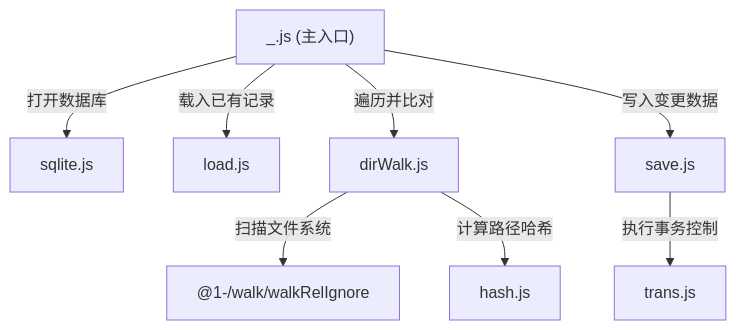
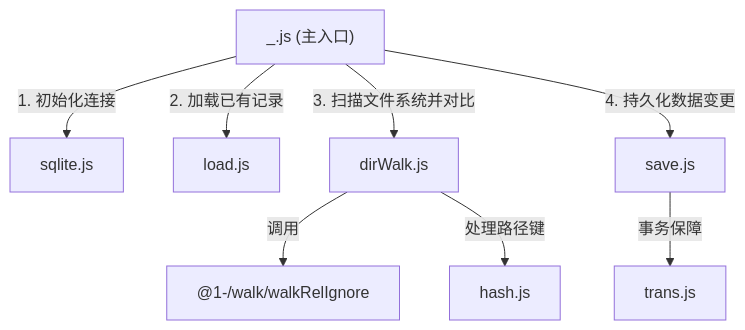
Before and after one commit to webc-site/npm: the diagram in scan/readme/zh/README.md, drawn with Mermaid. The commit also changed other lines of this file and 4 other files, not shown here.

````diff
--- a/scan/readme/zh/README.md
+++ b/scan/readme/zh/README.md
@@ -31,10 +51,10 @@
 ```mermaid
 graph TD
-    Entry["_.js (主入口)"] -->|打开数据库| Sqlite[sqlite.js]
-    Entry -->|载入已有记录| Load[load.js]
-    Entry -->|遍历并比对| DirWalk[dirWalk.js]
-    DirWalk -->|扫描文件系统| Walk["@1-/walk/walkRelIgnore"]
-    DirWalk -->|计算路径哈希| Hash[hash.js]
-    Entry -->|写入变更数据| Save[save.js]
-    Save -->|执行事务控制| Trans[trans.js]
+    Entry["_.js (主入口)"] -->|1. 初始化连接| Sqlite[sqlite.js]
+    Entry -->|2. 加载已有记录| Load[load.js]
+    Entry -->|3. 扫描文件系统并对比| DirWalk[dirWalk.js]
+    DirWalk -->|调用| Walk["@1-/walk/walkRelIgnore"]
+    DirWalk -->|处理路径键| Hash[hash.js]
+    Entry -->|4. 持久化数据变更| Save[save.js]
+    Save -->|事务保障| Trans[trans.js]
 ```
````
